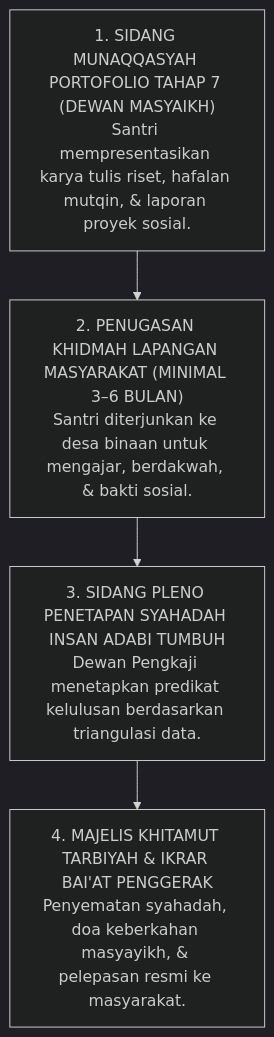
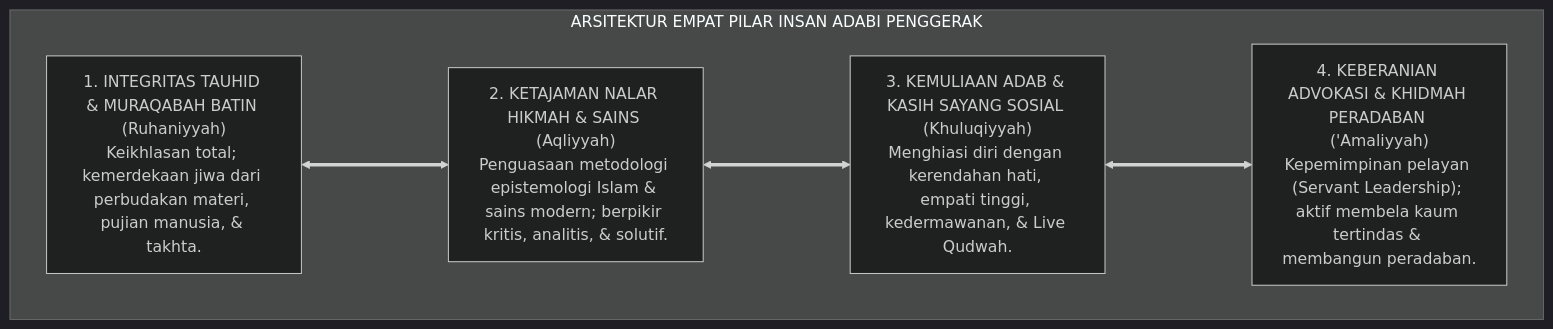
Before and after one commit to wandiapriliyandi/tumbuh: the second of 4 diagrams in 01 Philosophy/03 Human Development/P1-03-06-Puncak-Aktualisasi-Insan-Adabi-Tahap-7.md, drawn with Mermaid (dark theme). The commit also changed other lines of this file and 7 other files, not shown here.

````diff
--- a/01 Philosophy/03 Human Development/P1-03-06-Puncak-Aktualisasi-Insan-Adabi-Tahap-7.md
+++ b/01 Philosophy/03 Human Development/P1-03-06-Puncak-Aktualisasi-Insan-Adabi-Tahap-7.md
@@ -210,12 +114,15 @@
 ```mermaid
 flowchart TD
-    SOP_K1["1. SIDANG MUNAQQASYAH PORTOFOLIO TAHAP 7 (DEWAN MASYAIKH)<br/>Santri mempresentasikan karya tulis riset, hafalan mutqin, & laporan proyek sosial."]
-    
-    SOP_K2["2. PENUGASAN KHIDMAH LAPANGAN MASYARAKAT (MINIMAL 3–6 BULAN)<br/>Santri diterjunkan ke desa binaan untuk mengajar, berdakwah, & bakti sosial."]
-    
-    SOP_K3["3. SIDANG PLENO PENETAPAN SYAHADAH INSAN ADABI TUMBUH<br/>Dewan Pengkaji menetapkan predikat kelulusan berdasarkan triangulasi data."]
-    
-    SOP_K4["4. MAJELIS KHITAMUT TARBIYAH & IKRAR BAI'AT PENGGERAK<br/>Penyematan syahadah, doa keberkahan masyayikh, & pelepasan resmi ke masyarakat."]
-    
-    SOP_K1 --> SOP_K2 --> SOP_K3 --> SOP_K4
+    subgraph ArsitekturPuncakInsanAdabiTUMBUH["ARSITEKTUR EMPAT PILAR INSAN ADABI PENGGERAK"]
+        
+        P1_Adab["1. INTEGRITAS TAUHID & MURAQABAH BATIN (Ruhaniyyah)<br/>Keikhlasan total; kemerdekaan jiwa dari perbudakan materi, pujian manusia, & takhta."]
+        
+        P2_Adab["2. KETAJAMAN NALAR HIKMAH & SAINS (Aqliyyah)<br/>Penguasaan metodologi epistemologi Islam & sains modern; berpikir kritis, analitis, & solutif."]
+        
+        P3_Adab["3. KEMULIAAN ADAB & KASIH SAYANG SOSIAL (Khuluqiyyah)<br/>Menghiasi diri dengan kerendahan hati, empati tinggi, kedermawanan, & Live Qudwah."]
+        
+        P4_Adab["4. KEBERANIAN ADVOKASI & KHIDMAH PERADABAN ('Amaliyyah)<br/>Kepemimpinan pelayan (Servant Leadership); aktif membela kaum tertindas & membangun peradaban."]
+        
+        P1_Adab <===> P2_Adab <===> P3_Adab <===> P4_Adab
+    end
 ```
````
